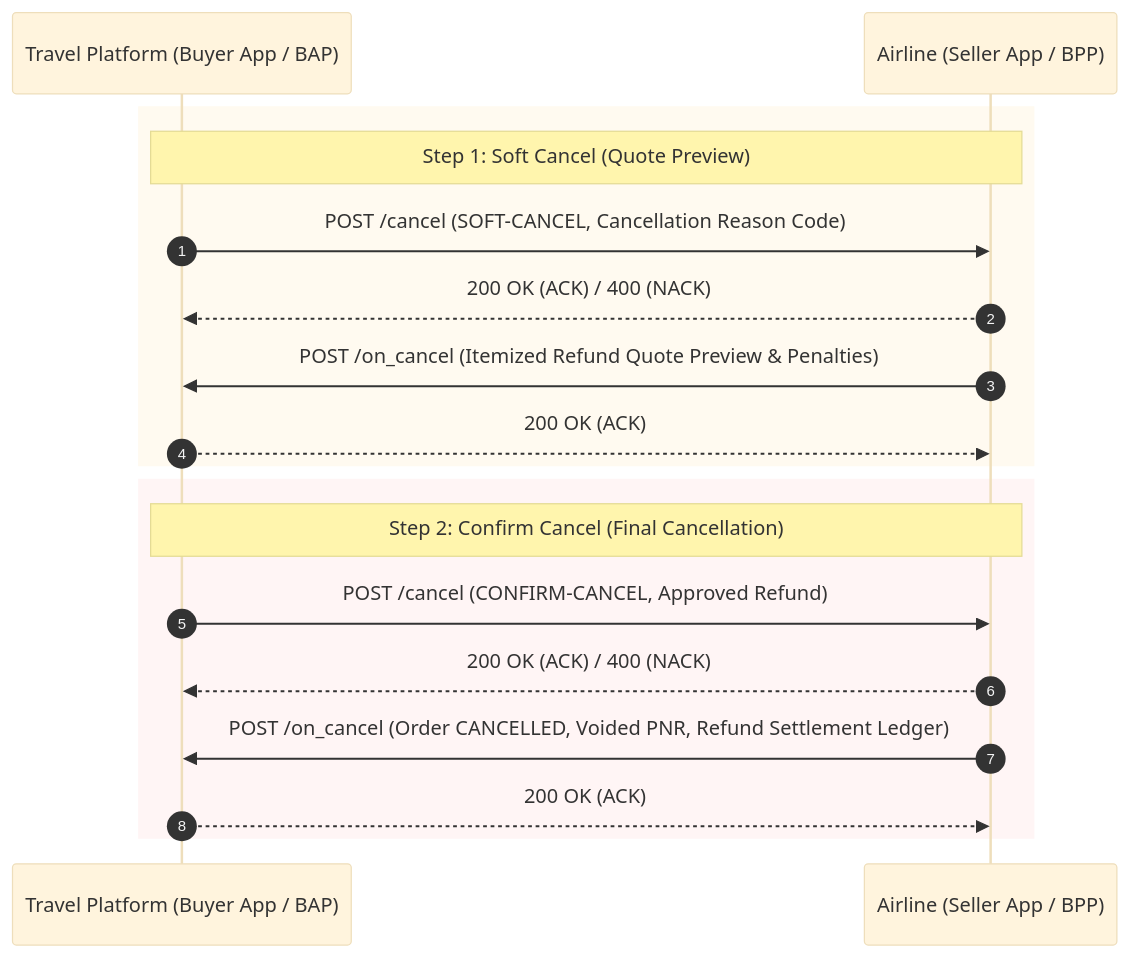
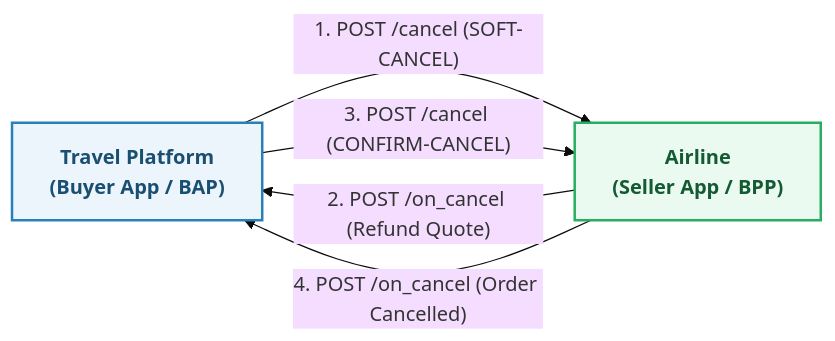
The third of 4 diagrams in config/docs/airline.md (ONDC-Official/automation-specifications), drawn with Mermaid (base theme) before and after one commit. The commit also changed other lines of this file and 1 other file, not shown here.

````diff
--- a/config/docs/airline.md
+++ b/config/docs/airline.md
@@ -355,22 +306,13 @@
 ```mermaid
-sequenceDiagram
-    autonumber
-    participant BAP as Travel Platform (Buyer App / BAP)
-    participant BPP as Airline (Seller App / BPP)
+flowchart LR
+    classDef client fill:#EBF5FB,stroke:#2980B9,stroke-width:2px,color:#1B4F72,font-weight:bold;
+    classDef provider fill:#EAFAF1,stroke:#27AE60,stroke-width:2px,color:#145A32,font-weight:bold;
 
-    rect rgb(255, 250, 240)
-    Note over BAP,BPP: Step 1: Soft Cancel (Quote Preview)
-    BAP->>BPP: POST /cancel (SOFT-CANCEL, Cancellation Reason Code)
-    BPP-->>BAP: 200 OK (ACK) / 400 (NACK)
-    BPP->>BAP: POST /on_cancel (Itemized Refund Quote Preview & Penalties)
-    BAP-->>BPP: 200 OK (ACK)
-    end
+    BAP["Travel Platform<br/>(Buyer App / BAP)"]:::client
+    BPP["Airline<br/>(Seller App / BPP)"]:::provider
 
-    rect rgb(255, 245, 245)
-    Note over BAP,BPP: Step 2: Confirm Cancel (Final Cancellation)
-    BAP->>BPP: POST /cancel (CONFIRM-CANCEL, Approved Refund)
-    BPP-->>BAP: 200 OK (ACK) / 400 (NACK)
-    BPP->>BAP: POST /on_cancel (Order CANCELLED, Voided PNR, Refund Settlement Ledger)
-    BAP-->>BPP: 200 OK (ACK)
-    end
+    BAP -->|"1. POST /cancel (SOFT-CANCEL)"| BPP
+    BPP -->|"2. POST /on_cancel (Refund Quote)"| BAP
+    BAP -->|"3. POST /cancel (CONFIRM-CANCEL)"| BPP
+    BPP -->|"4. POST /on_cancel (Order Cancelled)"| BAP
 ```
````
